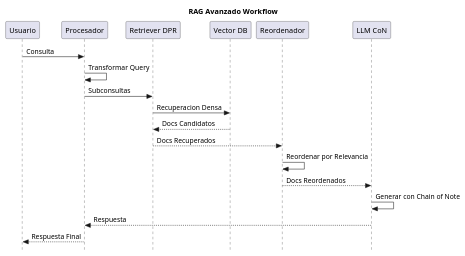
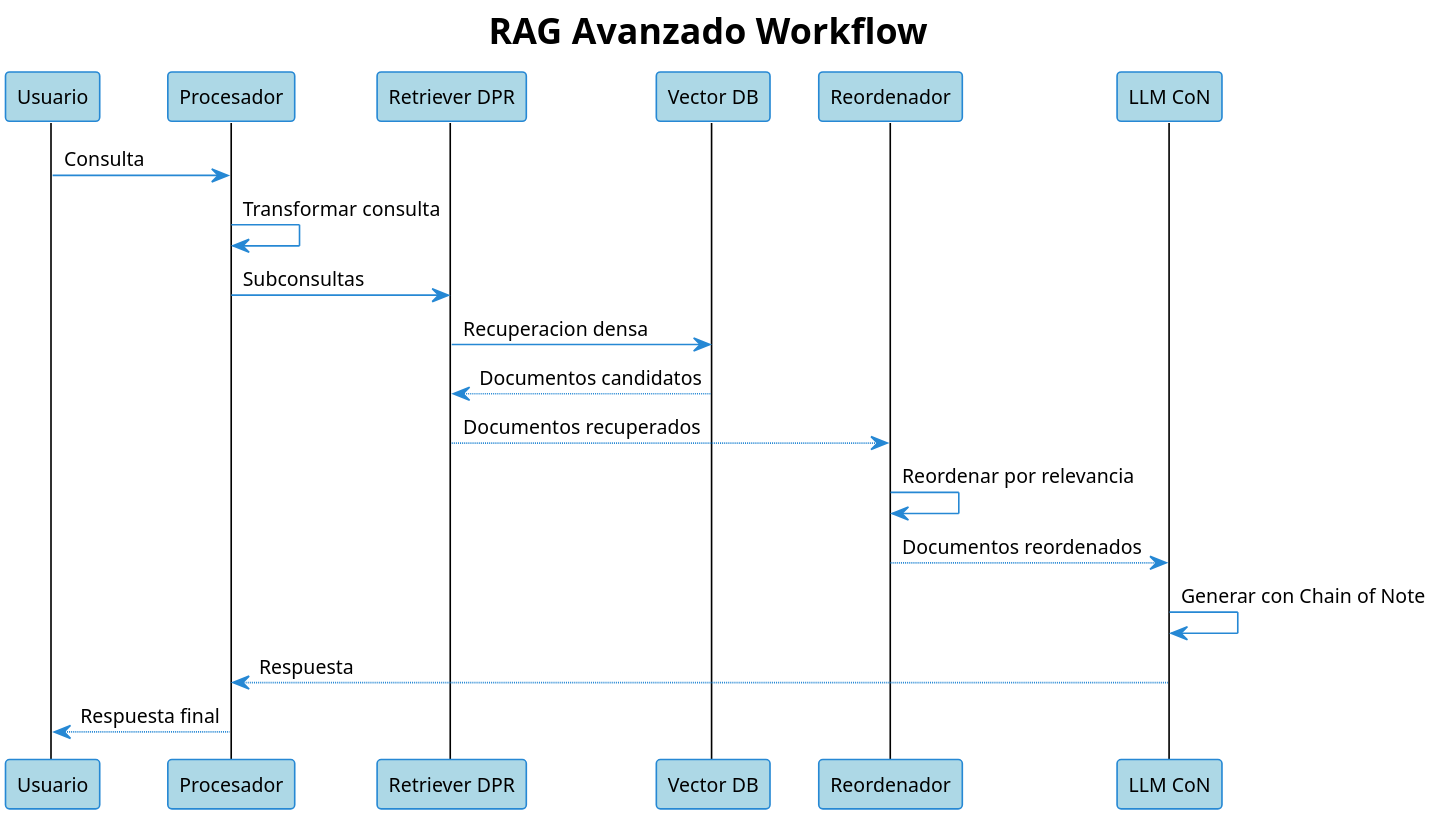
The diagram in diagrams/rag_avanzado.puml (carloss4dv/langagent), drawn with PlantUML before and after one commit. The commit also changed 44 other files, not shown here.

```diff
--- a/diagrams/rag_avanzado.puml
+++ b/diagrams/rag_avanzado.puml
@@ -1,25 +1,44 @@
-@startuml
-skinparam style strictuml
+@startuml "Workflow de RAG Avanzado"
+' Mejora la legibilidad y la calidad de la imagen para documentos.
+!theme plain
+skinparam {
+    dpi 300
+    shadowing false
+    backgroundColor transparent
+    defaultFontName "Arial"
+    defaultFontSize 12
+
+    sequence {
+        participantBorderColor #2688d4
+        participantBackgroundColor #add8e6
+        actorBorderColor #2688d4
+        actorBackgroundColor #ffdead
+    }
+
+    arrow {
+        color #2688d4
+    }
+}
 
 title RAG Avanzado Workflow
 
 participant "Usuario" as User
 participant "Procesador" as Proc
 participant "Retriever DPR" as Ret
 participant "Vector DB" as DB
 participant "Reordenador" as Rerank
 participant "LLM CoN" as Gen
 
 User -> Proc: Consulta
-Proc -> Proc: Transformar Query
+Proc -> Proc: Transformar consulta
 Proc -> Ret: Subconsultas
-Ret -> DB: Recuperacion Densa
-DB --> Ret: Docs Candidatos
-Ret --> Rerank: Docs Recuperados
-Rerank -> Rerank: Reordenar por Relevancia
-Rerank --> Gen: Docs Reordenados
+Ret -> DB: Recuperacion densa
+DB --> Ret: Documentos candidatos
+Ret --> Rerank: Documentos recuperados
+Rerank -> Rerank: Reordenar por relevancia
+Rerank --> Gen: Documentos reordenados
 Gen -> Gen: Generar con Chain of Note
 Gen --> Proc: Respuesta
-Proc --> User: Respuesta Final
+Proc --> User: Respuesta final
 
 @enduml
```
